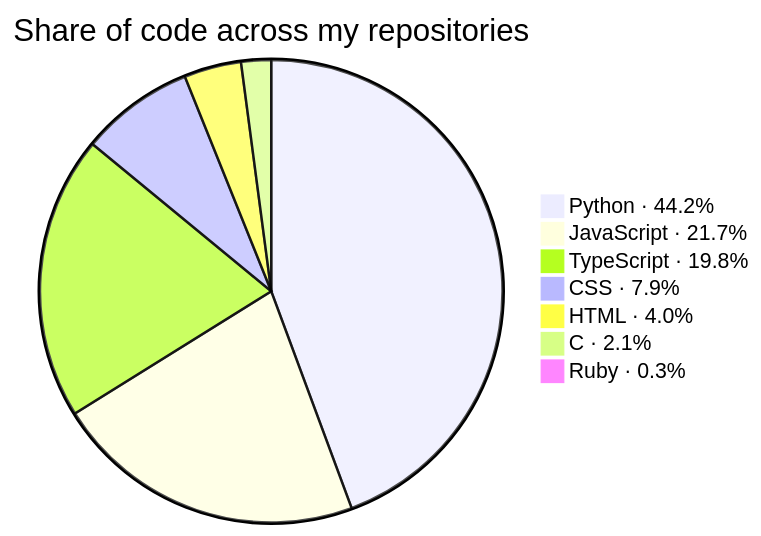
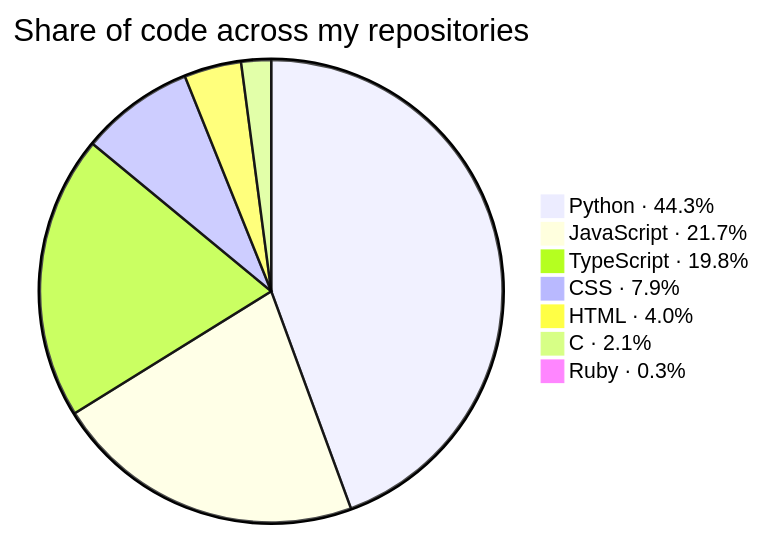
One commit to KathFK1234/KathFK1234 changed the second of 3 diagrams in README.md. Above: the diagram before and after it, drawn with Mermaid. The commit also changed other lines of this file and 3 other files, not shown here.

````diff
--- a/README.md
+++ b/README.md
@@ -109,11 +109,11 @@
 ```mermaid
 %%{init: {"themeVariables": {"pieSectionTextSize": "0px"}}}%%
 pie title Share of code across my repositories
-    "Python · 44.2%" : 1329.1
+    "Python · 44.3%" : 1332.9
     "JavaScript · 21.7%" : 652.9
-    "TypeScript · 19.8%" : 594.2
+    "TypeScript · 19.8%" : 595.4
     "CSS · 7.9%" : 238.1
     "HTML · 4.0%" : 119.8
     "C · 2.1%" : 62.7
     "Ruby · 0.3%" : 10.1
 ```
````
